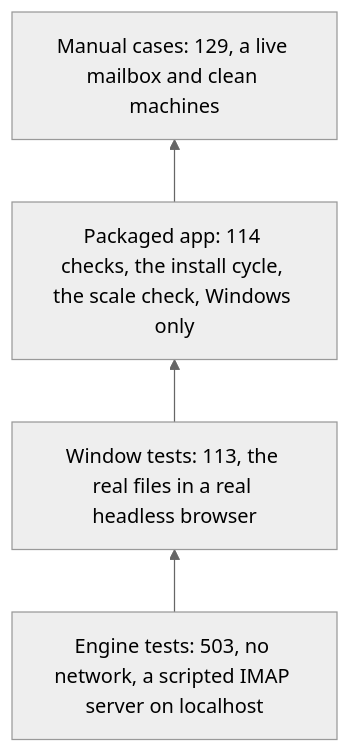
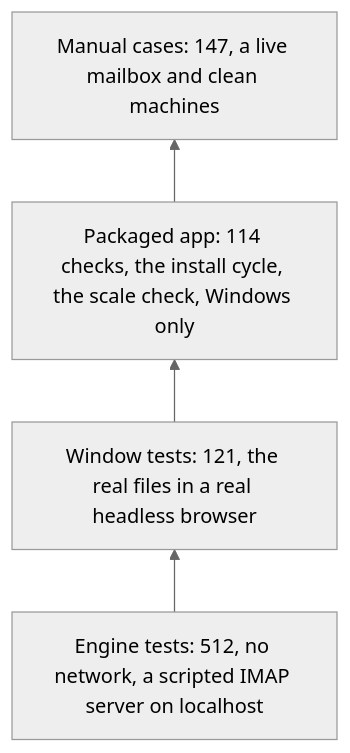
One commit to SarangVehale/email-todolist changed the first of 2 diagrams in docs/testing/strategy.md. Above: the diagram before and after it, drawn with Mermaid (neutral theme). The commit also changed other lines of this file and 41 other files, not shown here.

````diff
--- a/docs/testing/strategy.md
+++ b/docs/testing/strategy.md
@@ -24,6 +24,6 @@
 ```mermaid
 flowchart BT
-    E["Engine tests: 503, no network, a scripted IMAP server on localhost"] --> W["Window tests: 113, the real files in a real headless browser"]
+    E["Engine tests: 512, no network, a scripted IMAP server on localhost"] --> W["Window tests: 121, the real files in a real headless browser"]
     W --> P["Packaged app: 114 checks, the install cycle, the scale check, Windows only"]
-    P --> M["Manual cases: 129, a live mailbox and clean machines"]
+    P --> M["Manual cases: 147, a live mailbox and clean machines"]
 ```
````
